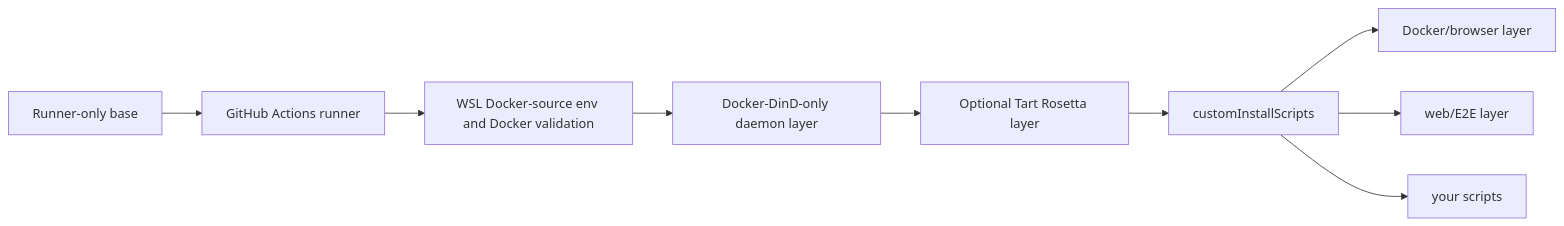
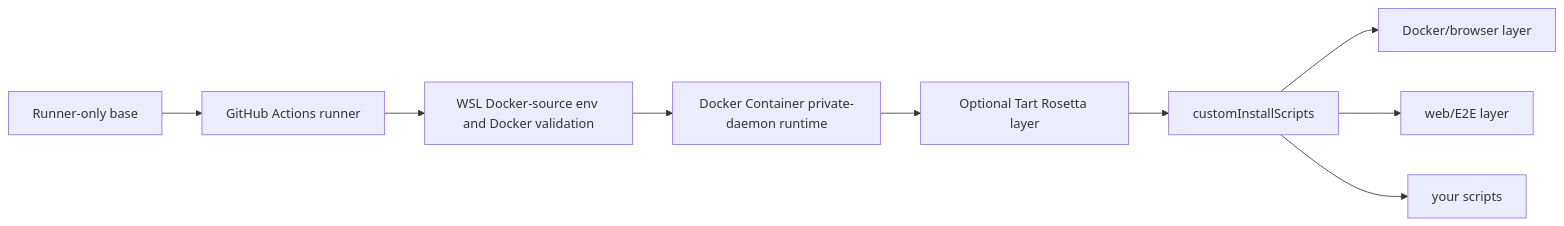
Before and after one commit to solutionforest/ephemeral-action-runner: the second of 2 diagrams in docs/image-build.md, drawn with Mermaid. The commit also changed other lines of this file and 56 other files, not shown here.

Commit message:
Rename Docker-DinD provider to Docker Container

````diff
--- a/docs/image-build.md
+++ b/docs/image-build.md
@@ -62,11 +62,11 @@
 ```mermaid
 flowchart LR
   Base["Runner-only base"] --> Runner["GitHub Actions runner"]
   Runner --> WSLFull["WSL Docker-source env and Docker validation"]
-  WSLFull --> DinD["Docker-DinD-only daemon layer"]
-  DinD --> Rosetta["Optional Tart Rosetta layer"]
+  WSLFull --> DockerContainer["Docker Container private-daemon runtime"]
+  DockerContainer --> Rosetta["Optional Tart Rosetta layer"]
   Rosetta --> Optional["customInstallScripts"]
   Optional --> Docker["Docker/browser layer"]
   Optional --> Web["web/E2E layer"]
   Optional --> Yours["your scripts"]
 ```
````
